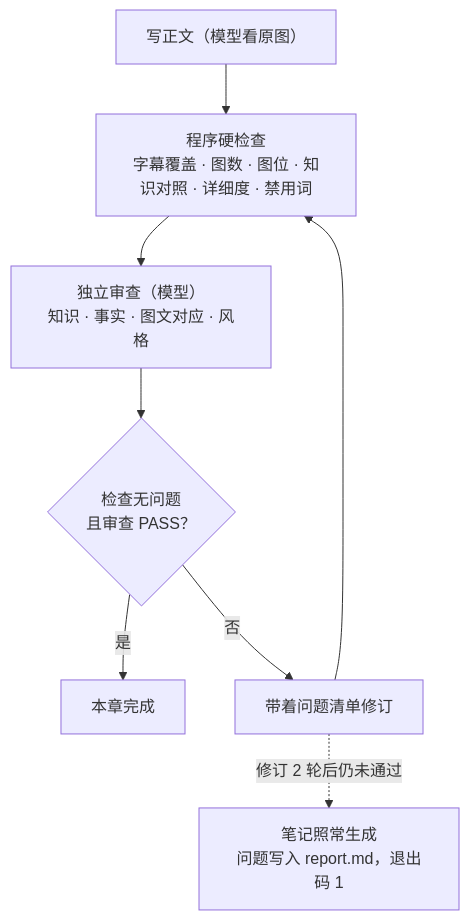
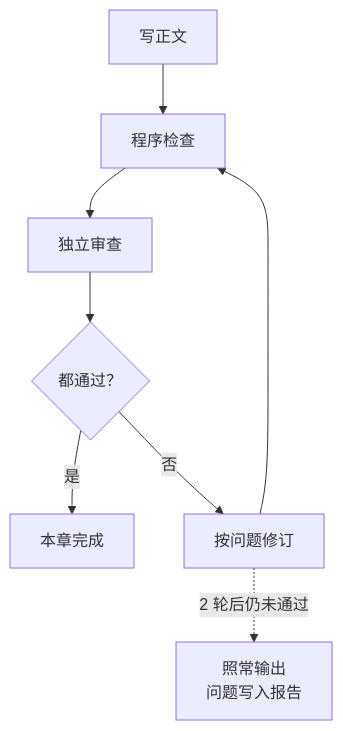
Before and after one commit to songyang8964/video-notes: the seventh of 7 diagrams in README.md, drawn with Mermaid. The commit also changed other lines of this file and 2 other files, not shown here.

Commit message:
README: usage first, short diagram labels, timeline as a table

````diff
--- a/README.md
+++ b/README.md
@@ -462,10 +472,10 @@
 ```mermaid
 flowchart TD
-    W["写正文（模型看原图）"] --> C["程序硬检查<br/>字幕覆盖 · 图数 · 图位 · 知识对照 · 详细度 · 禁用词"]
-    C --> R["独立审查（模型）<br/>知识 · 事实 · 图文对应 · 风格"]
-    R --> J{"检查无问题<br/>且审查 PASS？"}
+    W["写正文"] --> C["程序检查"]
+    C --> R["独立审查"]
+    R --> J{"都通过？"}
     J -- 是 --> OK["本章完成"]
-    J -- 否 --> F["带着问题清单修订"]
+    J -- 否 --> F["按问题修订"]
     F --> C
-    F -. 修订 2 轮后仍未通过 .-> REP["笔记照常生成<br/>问题写入 report.md，退出码 1"]
+    F -. 2 轮后仍未通过 .-> REP["照常输出<br/>问题写入报告"]
 ```
````
